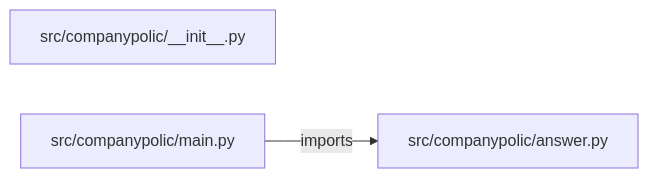
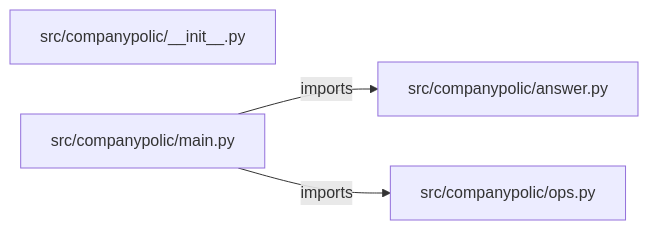
Before and after one commit to iarsingh/company-policy-qa-assistant: the diagram in PROJECT_ARCHITECTURE.md, drawn with Mermaid. The commit also changed other lines of this file and 2 other files, not shown here.

Commit message:
Refresh architecture and interview guides from current implementation

````diff
--- a/PROJECT_ARCHITECTURE.md
+++ b/PROJECT_ARCHITECTURE.md
@@ -13,7 +13,9 @@
 ```mermaid
 flowchart LR
     M0["src/companypolic/__init__.py"]
     M1["src/companypolic/answer.py"]
     M2["src/companypolic/main.py"]
+    M3["src/companypolic/ops.py"]
     M2 -->|imports| M1
+    M2 -->|imports| M3
 ```
````
